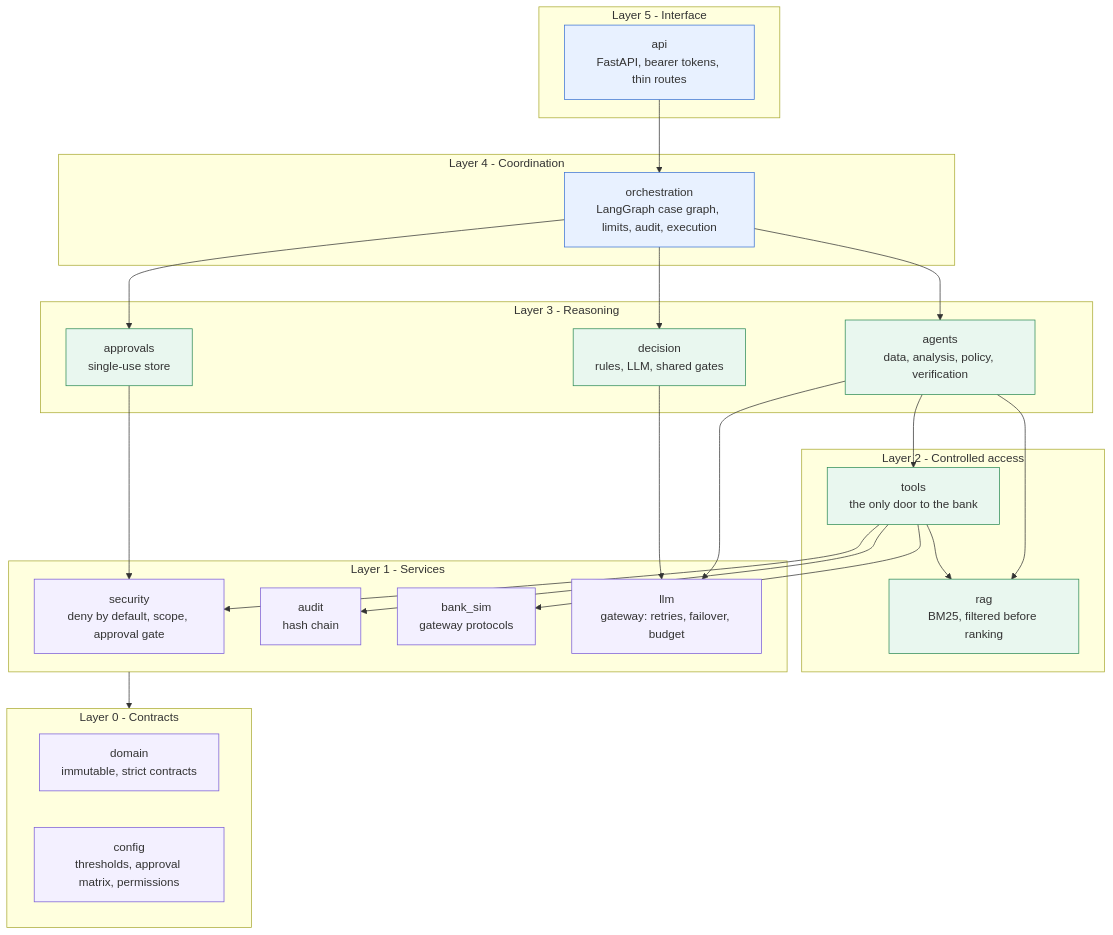
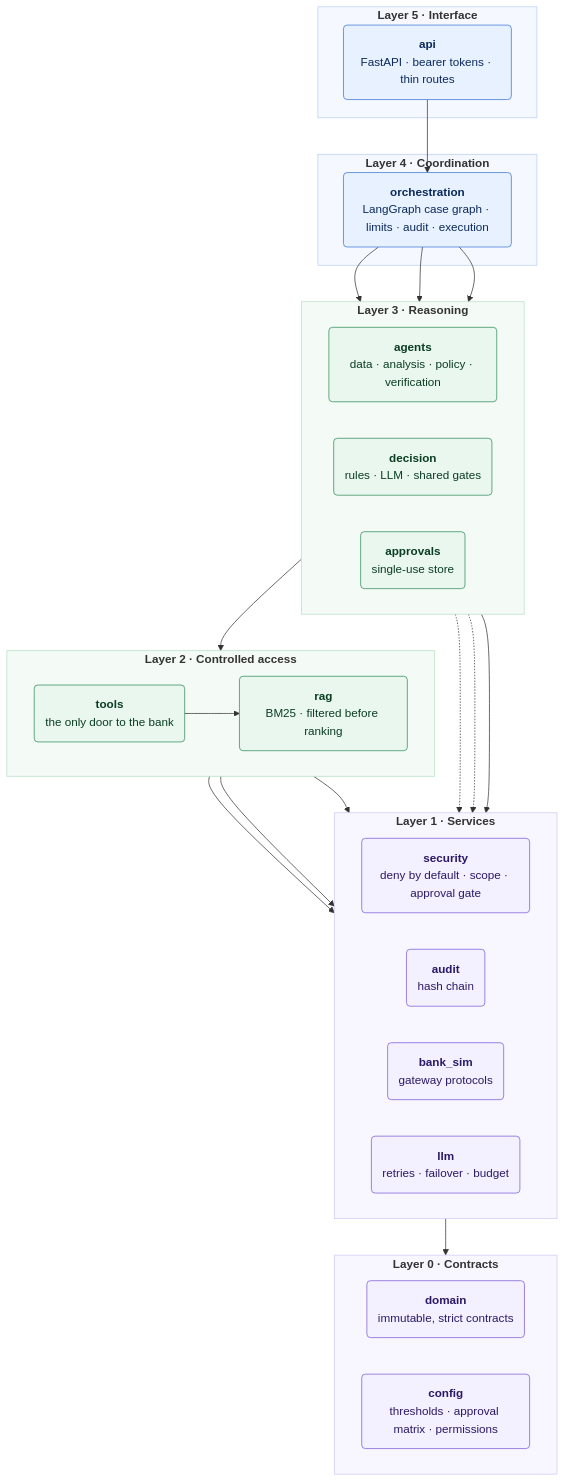
Before and after one commit to mk-2007/Agentic-Banking: the second of 6 diagrams in README.md, drawn with Mermaid. The commit also changed other lines of this file, not shown here.

Commit message:
docs(readme): clearer architecture, state and gate diagrams; decision providers section (#46)

````diff
--- a/README.md
+++ b/README.md
@@ -112,50 +112,54 @@
 ```mermaid
 flowchart TB
-    subgraph L5[Layer 5 - Interface]
-        API[api<br/>FastAPI, bearer tokens, thin routes]
+    subgraph L5["<b>Layer 5 · Interface</b>"]
+        API("<b>api</b><br/>FastAPI · bearer tokens · thin routes")
     end
-    subgraph L4[Layer 4 - Coordination]
-        ORCH[orchestration<br/>LangGraph case graph, limits, audit, execution]
+    subgraph L4["<b>Layer 4 · Coordination</b>"]
+        ORCH("<b>orchestration</b><br/>LangGraph case graph · limits · audit · execution")
     end
-    subgraph L3[Layer 3 - Reasoning]
-        AG[agents<br/>data, analysis, policy, verification]
-        DEC[decision<br/>rules, LLM, shared gates]
-        APP[approvals<br/>single-use store]
+    subgraph L3["<b>Layer 3 · Reasoning</b>"]
+        direction LR
+        AG("<b>agents</b><br/>data · analysis · policy · verification")
+        DEC("<b>decision</b><br/>rules · LLM · shared gates")
+        APP("<b>approvals</b><br/>single-use store")
     end
-    subgraph L2[Layer 2 - Controlled access]
-        TOOLS[tools<br/>the only door to the bank]
-        RAG[rag<br/>BM25, filtered before ranking]
+    subgraph L2["<b>Layer 2 · Controlled access</b>"]
+        direction LR
+        TOOLS("<b>tools</b><br/>the only door to the bank")
+        RAG("<b>rag</b><br/>BM25 · filtered before ranking")
     end
-    subgraph L1[Layer 1 - Services]
-        SEC[security<br/>deny by default, scope, approval gate]
-        AUD[audit<br/>hash chain]
-        BANK[bank_sim<br/>gateway protocols]
-        LLM[llm<br/>gateway: retries, failover, budget]
+    subgraph L1["<b>Layer 1 · Services</b>"]
+        direction LR
+        SEC("<b>security</b><br/>deny by default · scope · approval gate")
+        AUD("<b>audit</b><br/>hash chain")
+        BANK("<b>bank_sim</b><br/>gateway protocols")
+        LLM("<b>llm</b><br/>retries · failover · budget")
     end
-    subgraph L0[Layer 0 - Contracts]
-        DOM[domain<br/>immutable, strict contracts]
-        CFG[config<br/>thresholds, approval matrix, permissions]
+    subgraph L0["<b>Layer 0 · Contracts</b>"]
+        direction LR
+        DOM("<b>domain</b><br/>immutable, strict contracts")
+        CFG("<b>config</b><br/>thresholds · approval matrix · permissions")
     end
 
     API --> ORCH
-    ORCH --> AG
-    ORCH --> DEC
-    ORCH --> APP
+    ORCH --> AG & DEC & APP
     AG --> TOOLS
-    AG --> RAG
-    AG --> LLM
-    DEC --> LLM
-    TOOLS --> SEC
-    TOOLS --> AUD
-    TOOLS --> BANK
-    TOOLS --> RAG
+    AG -.-> LLM
+    DEC -.-> LLM
+    TOOLS --> SEC & AUD & BANK & RAG
     APP --> SEC
     L1 --> L0
 
-    classDef top fill:#e8f1ff,stroke:#3b73d4
-    classDef mid fill:#e9f7ef,stroke:#2e8b57
-    classDef low fill:#f3f0ff,stroke:#7a5cd6
+    classDef top fill:#e8f1ff,stroke:#3b73d4,color:#0b2a5b
+    classDef mid fill:#e9f7ef,stroke:#2e8b57,color:#0b3d22
+    classDef low fill:#f3f0ff,stroke:#7a5cd6,color:#2a1a66
     class API,ORCH top
     class AG,DEC,APP,TOOLS,RAG mid
     class SEC,AUD,BANK,LLM,DOM,CFG low
+    style L5 fill:#f5f9ff,stroke:#b9d0f5
+    style L4 fill:#f5f9ff,stroke:#b9d0f5
+    style L3 fill:#f4fbf7,stroke:#b5e0c8
+    style L2 fill:#f4fbf7,stroke:#b5e0c8
+    style L1 fill:#f8f6ff,stroke:#d3c9f5
+    style L0 fill:#f8f6ff,stroke:#d3c9f5
 ```
````
